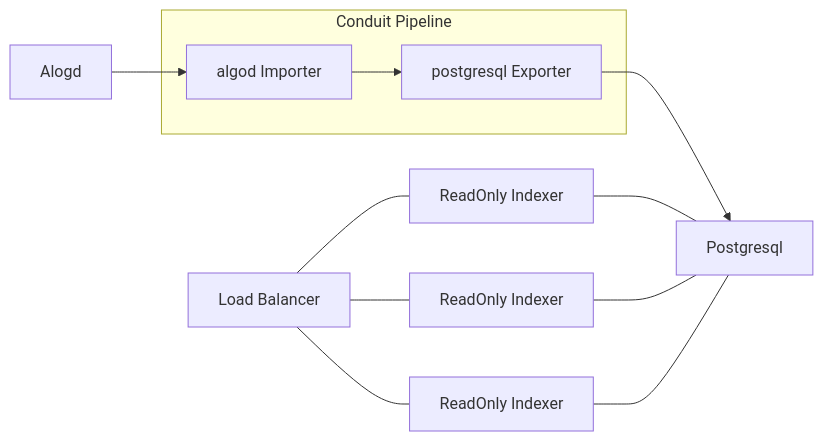
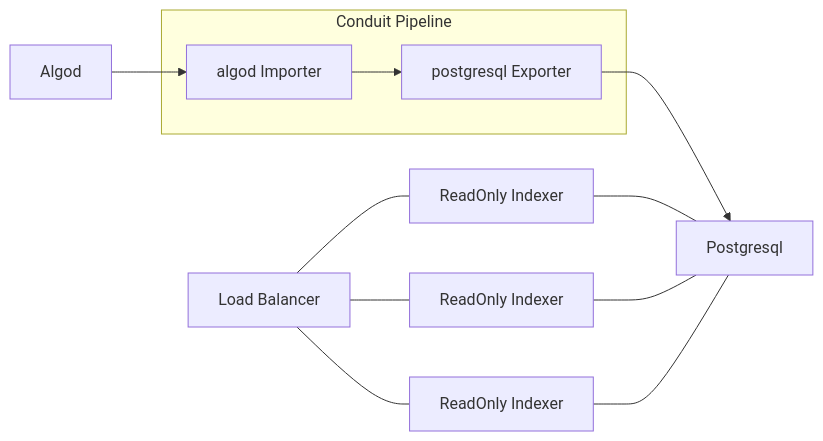
One commit to algorand/conduit changed the fourth of 5 diagrams in docs/tutorials/IndexerMigration.md. Above: the diagram before and after it, drawn with Mermaid. The commit also changed other lines of this file, not shown here.

````diff
--- a/docs/tutorials/IndexerMigration.md
+++ b/docs/tutorials/IndexerMigration.md
@@ -102,24 +101,24 @@
 ```mermaid
 graph LR;
-    algod["Alogd"]
+    algod["Algod"]
     lb["Load Balancer"]
     ro1["ReadOnly Indexer"]
     ro2["ReadOnly Indexer"]
     ro3["ReadOnly Indexer"]
     psql["Postgresql"]
     pe["postgresql Exporter"]
     algodimp["algod Importer"]
 
     pe-->psql;
     algod-->algodimp;
     subgraph "Conduit Pipeline"
         algodimp-->pe;
     end
     lb---ro1;
     ro1---psql;
     lb---ro2;
     ro2---psql;
     lb---ro3;
     ro3---psql;
     
 ```
````
